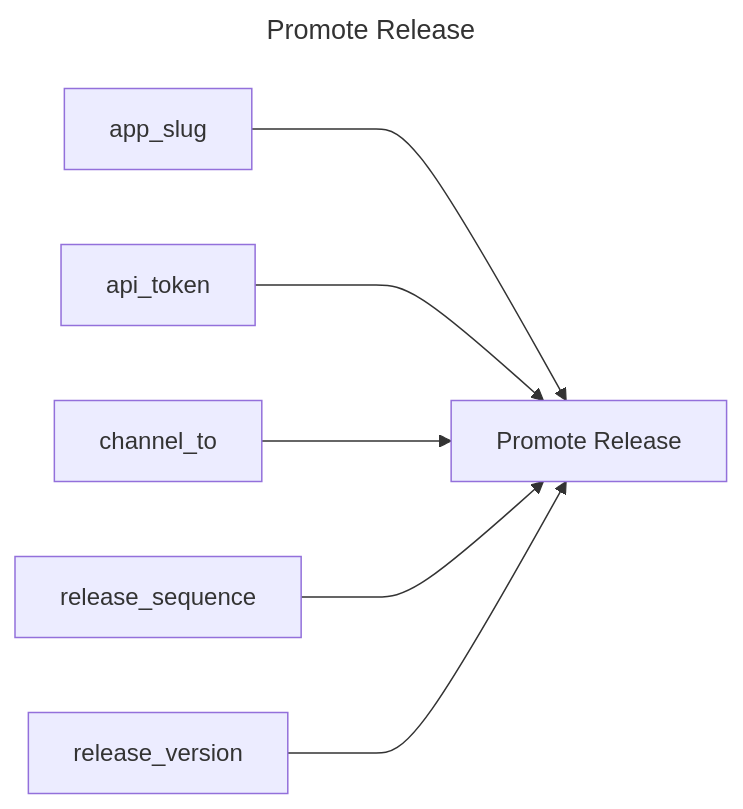
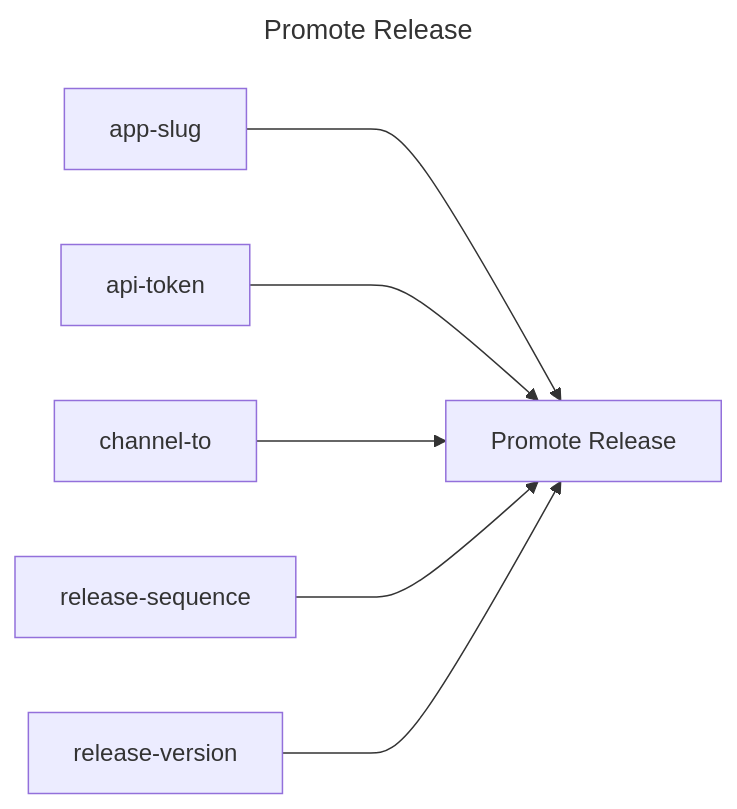
The diagram in promote-release/README.md (replicatedhq/replicated-actions), drawn with Mermaid before and after one commit. The commit also changed 12 other files, not shown here.

````diff
--- a/promote-release/README.md
+++ b/promote-release/README.md
@@ -3,12 +3,17 @@
 ```mermaid
 ---
 title: Promote Release
 ---
 graph LR
 promote_release["Promote Release"]
+app_slug["app-slug"]
+api_token["api-token"]
+channel_to["channel-to"]
+release_sequence["release-sequence"]
+release_version["release-version"]
 app_slug ---> promote_release
 api_token ---> promote_release
 channel_to ---> promote_release
 release_sequence ---> promote_release
 release_version ---> promote_release
 ```
````
